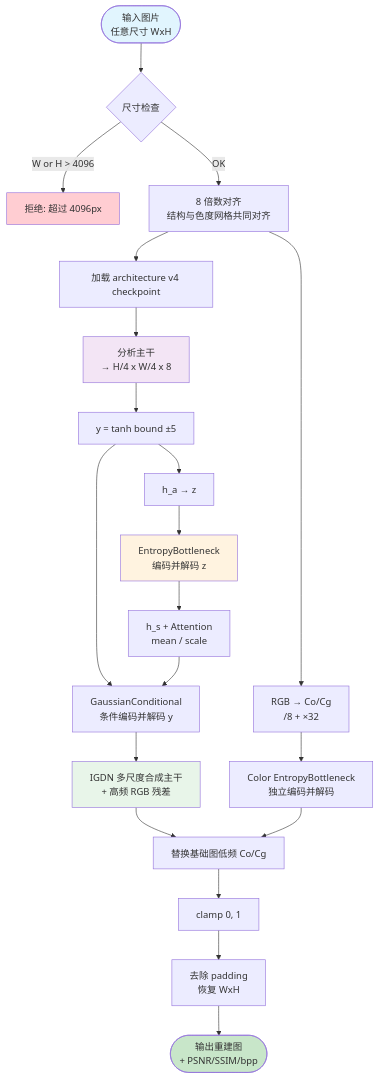
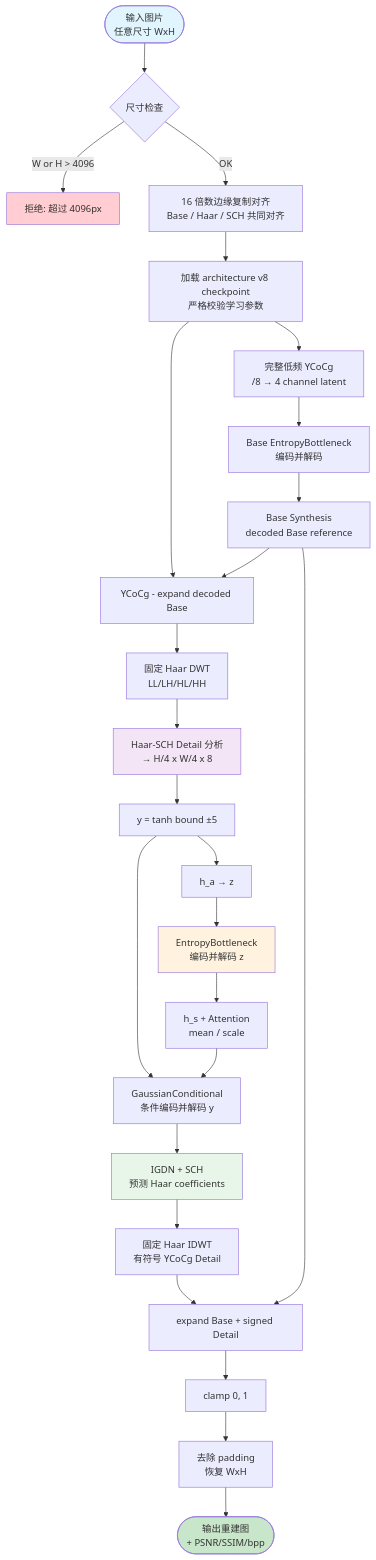
Diagram 14 of 19 in docs/architecture.md (novvoo/kakeya-vae), drawn with Mermaid before and after one commit. The commit also changed other lines of this file and 9 other files, not shown here.

````diff
--- a/docs/architecture.md
+++ b/docs/architecture.md
@@ -734,31 +767,36 @@
 ```mermaid
 flowchart TD
     INPUT([输入图片<br/>任意尺寸 WxH]) --> CHK{尺寸检查}
     CHK -->|W or H > 4096| REJECT[拒绝: 超过 4096px]
-    CHK -->|OK| PAD[8 倍数对齐<br/>结构与色度网格共同对齐]
+    CHK -->|OK| PAD[16 倍数边缘复制对齐<br/>Base / Haar / SCH 共同对齐]
 
-    PAD --> LOAD[加载 architecture v4 checkpoint]
-    LOAD --> ENCODE[分析主干<br/>→ H/4 x W/4 x 8]
+    PAD --> LOAD[加载 architecture v8 checkpoint<br/>严格校验学习参数]
+    LOAD --> BASE[完整低频 YCoCg<br/>/8 → 4 channel latent]
+    BASE --> BCODE[Base EntropyBottleneck<br/>编码并解码]
+    BCODE --> BASE_DEC[Base Synthesis<br/>decoded Base reference]
+    LOAD --> DETAIL_SUB[YCoCg - expand decoded Base]
+    BASE_DEC --> DETAIL_SUB
+    DETAIL_SUB --> DWT_HD[固定 Haar DWT<br/>LL/LH/HL/HH]
+    DWT_HD --> ENCODE[Haar-SCH Detail 分析<br/>→ H/4 x W/4 x 8]
     ENCODE --> Y[y = tanh bound ±5]
     Y --> HA[h_a → z]
     HA --> ZCODE[EntropyBottleneck<br/>编码并解码 z]
     ZCODE --> PARAMS[h_s + Attention<br/>mean / scale]
     Y --> YCODE[GaussianConditional<br/>条件编码并解码 y]
     PARAMS --> YCODE
-    PAD --> COLOR[RGB → Co/Cg<br/>/8 + ×32]
-    COLOR --> CCODE[Color EntropyBottleneck<br/>独立编码并解码]
-    YCODE --> DECODE[IGDN 多尺度合成主干<br/>+ 高频 RGB 残差]
-    DECODE --> CFUSE[替换基础图低频 Co/Cg]
-    CCODE --> CFUSE
+    YCODE --> DECODE[IGDN + SCH<br/>预测 Haar coefficients]
+    DECODE --> IDWT_HD[固定 Haar IDWT<br/>有符号 YCoCg Detail]
+    IDWT_HD --> CFUSE[expand Base + signed Detail]
+    BASE_DEC --> CFUSE
 
     CFUSE --> CLAMP[clamp 0, 1]
     CLAMP --> CROP[去除 padding<br/>恢复 WxH]
     CROP --> OUT([输出重建图<br/>+ PSNR/SSIM/bpp])
 
     style INPUT fill:#e1f5fe
     style ENCODE fill:#f3e5f5
     style ZCODE fill:#fff3e0
     style DECODE fill:#e8f5e9
     style OUT fill:#c8e6c9
     style REJECT fill:#ffcdd2
 ```
````
